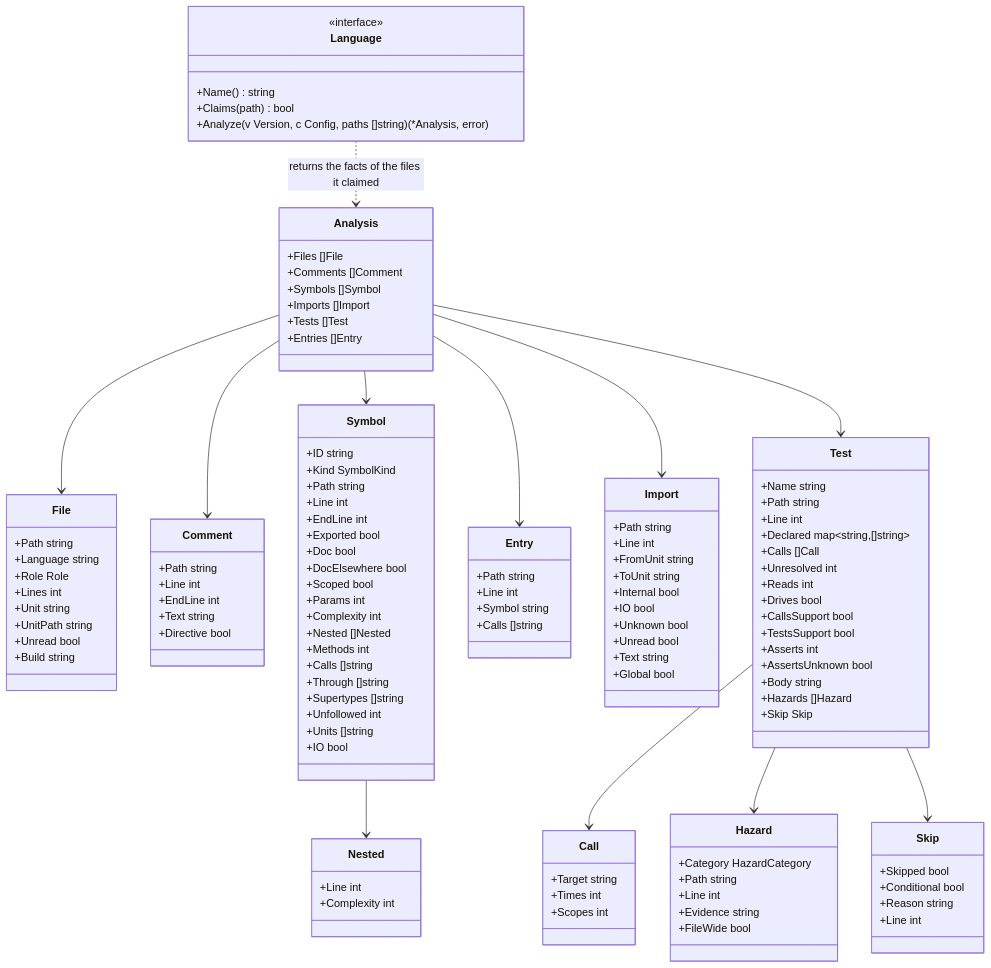
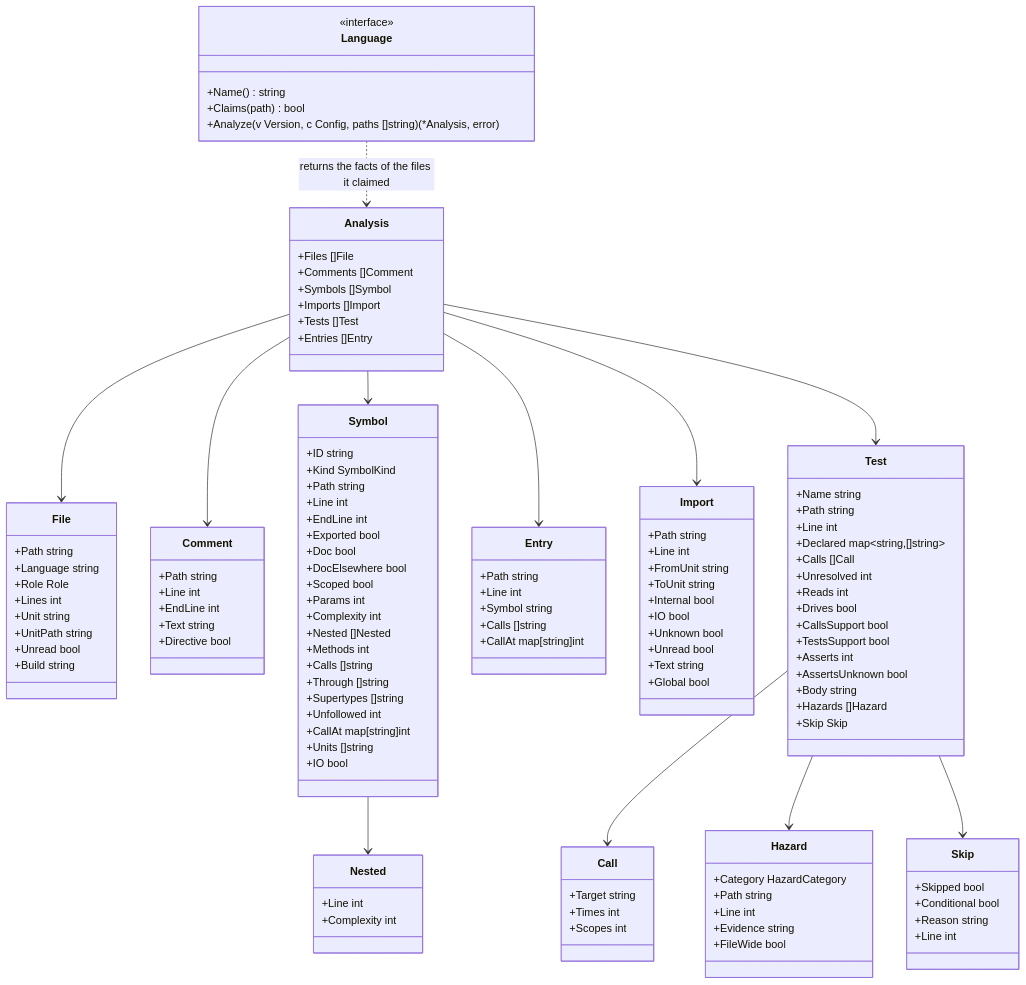
The diagram in docs/design/adapters.md (rerorets/hadome), drawn with Mermaid before and after one commit. The commit also changed other lines of this file and 3 other files, not shown here.

Commit message:
The design says the call diagram reports a call at its own line, kept in CallAt

```diff
--- a/docs/design/adapters.md
+++ b/docs/design/adapters.md
@@ -65,6 +65,7 @@
     +Through []string
     +Supertypes []string
     +Unfollowed int
+    +CallAt map[string]int
     +Units []string
     +IO bool
   }
@@ -73,6 +74,7 @@
     +Line int
     +Symbol string
     +Calls []string
+    +CallAt map[string]int
   }
   class Nested {
     +Line int
```
